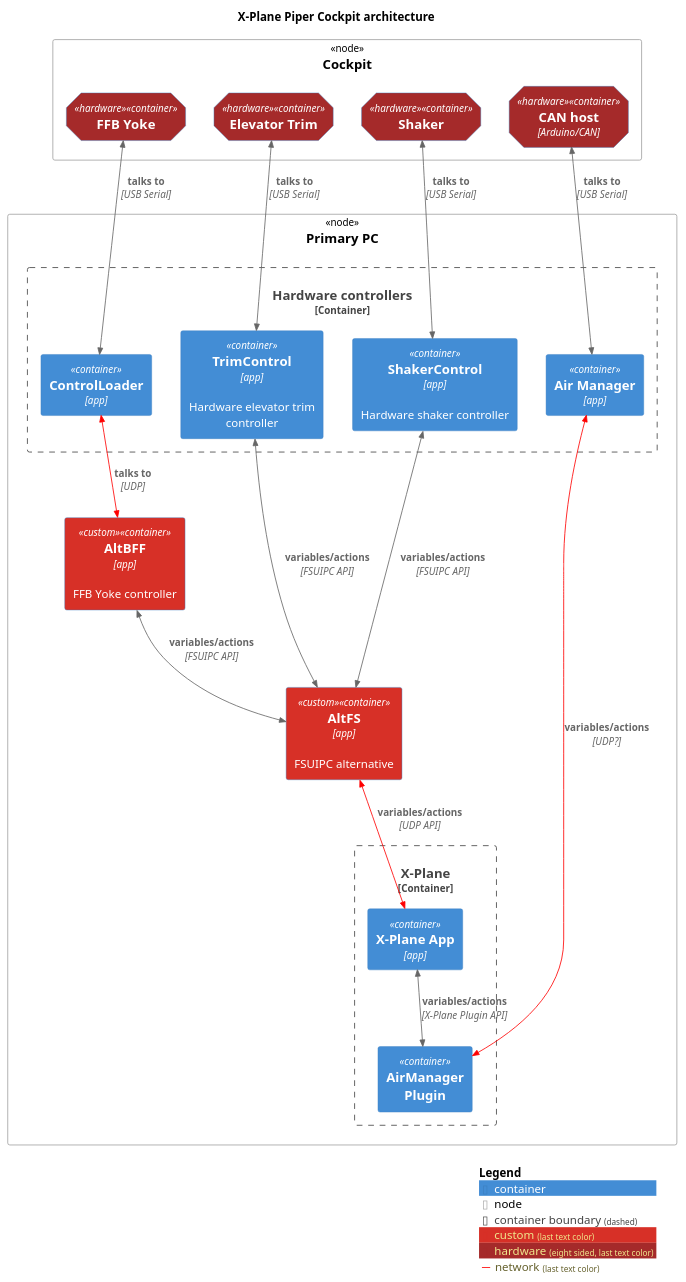
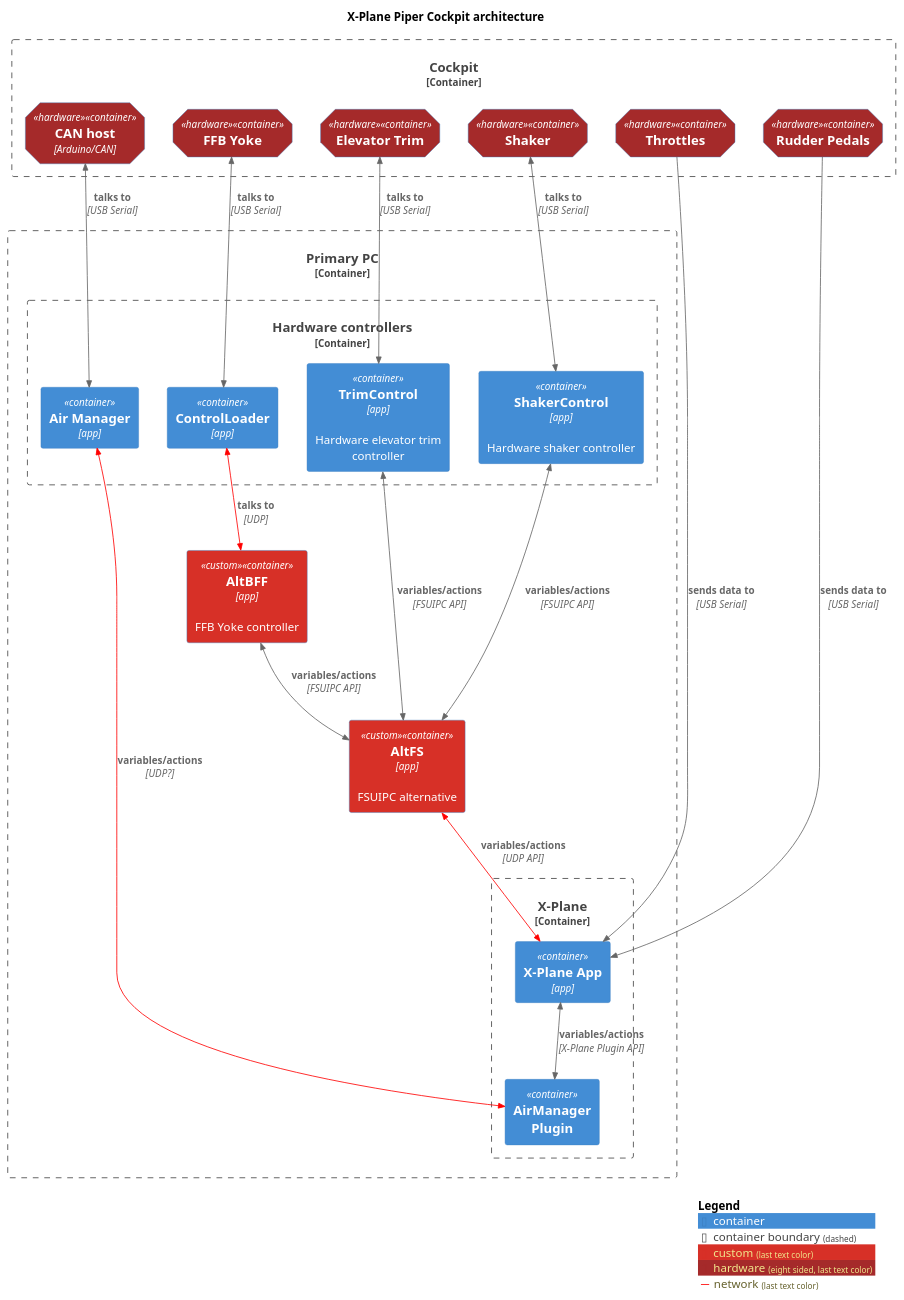
One commit to avignatenko/aiblog changed the diagram in content/posts/piper-cockpit-architecture/architecture.puml. Above: the diagram before and after it, drawn with PlantUML. The commit also changed 2 other files, not shown here.

Commit message:
architecture diagram updates

```diff
--- a/content/posts/piper-cockpit-architecture/architecture.puml
+++ b/content/posts/piper-cockpit-architecture/architecture.puml
@@ -1,63 +1,68 @@
 @startuml
 !include <C4/C4_Container>
 !include <C4/C4_Deployment>
 
 title X-Plane Piper Cockpit architecture
 
 AddElementTag("custom", $bgColor="#d73027")
 AddElementTag("hardware", $bgColor="brown", $shape=EightSidedShape())
 AddRelTag("network", $lineColor="red")
 
-Deployment_Node(pc, "Primary PC") {
+Container_Boundary(pc, "Primary PC") {
 
 Container_Boundary(xplane, "X-Plane"){
     Container(xplaneApp, "X-Plane App", $techn="app")
     Container(airManagerPlugin, "AirManager\nPlugin")
 
     BiRel_D(xplaneApp, airManagerPlugin, "variables/actions", $techn="X-Plane Plugin API")
 
 }
 
 Container(altFS, "AltFS", $techn="app", $descr="FSUIPC alternative", $tags="custom")
 BiRel(altFS, xplaneApp, "variables/actions", $techn="UDP API", $tags="network")
 
 Container(altBFF, "AltBFF", $techn="app", $descr="FFB Yoke controller", $tags="custom")
 BiRel(altBFF, altFS, "variables/actions", $techn="FSUIPC API")
 
 Container_Boundary(controllers, "Hardware controllers"){
     Container(controlLoader, "ControlLoader", $techn="app")
     BiRel(controlLoader, altBFF, "talks to", $techn="UDP", $tags="network")
 
     Container(trimControl, "TrimControl", $techn="app", $descr="Hardware elevator trim controller")
     BiRel(trimControl, altFS, "variables/actions", $techn="FSUIPC API")
 
     Container(shakerControl, "ShakerControl", $techn="app", $descr="Hardware shaker controller")
     BiRel(shakerControl, altFS, "variables/actions", $techn="FSUIPC API")
 
     Container(airManager, "Air Manager", $techn="app")
     BiRel(airManager, airManagerPlugin, "variables/actions", $techn="UDP?", $tags="network")
 
 }
 
 
 }
 
 
-Deployment_Node(cockpit, "Cockpit") {
+Container_Boundary(cockpit, "Cockpit") {
     Container(ffbYoke, "FFB Yoke", $tags="hardware")
     BiRel(ffbYoke, controlLoader, "talks to", $techn="USB Serial")
 
     Container(elTrim, "Elevator Trim", $tags="hardware")
     BiRel(elTrim, trimControl, "talks to", $techn="USB Serial")
 
     Container(canHost, "CAN host", $techn="Arduino/CAN", $tags="hardware")
     BiRel(airManager, canHost, "talks to", $techn="USB Serial")
 
     Container(shaker, "Shaker", $tags="hardware")
     BiRel(shaker, shakerControl, "talks to", $techn="USB Serial")
 
+    Container(throttles, "Throttles", $tags="hardware")
+    Rel(throttles, xplaneApp, "sends data to", $techn="USB Serial")
+
+    Container(rudderPedals, "Rudder Pedals", $tags="hardware")
+    Rel(rudderPedals, xplaneApp, "sends data to", $techn="USB Serial")
 }
 
 SHOW_LEGEND(false)
 
 @enduml
```
